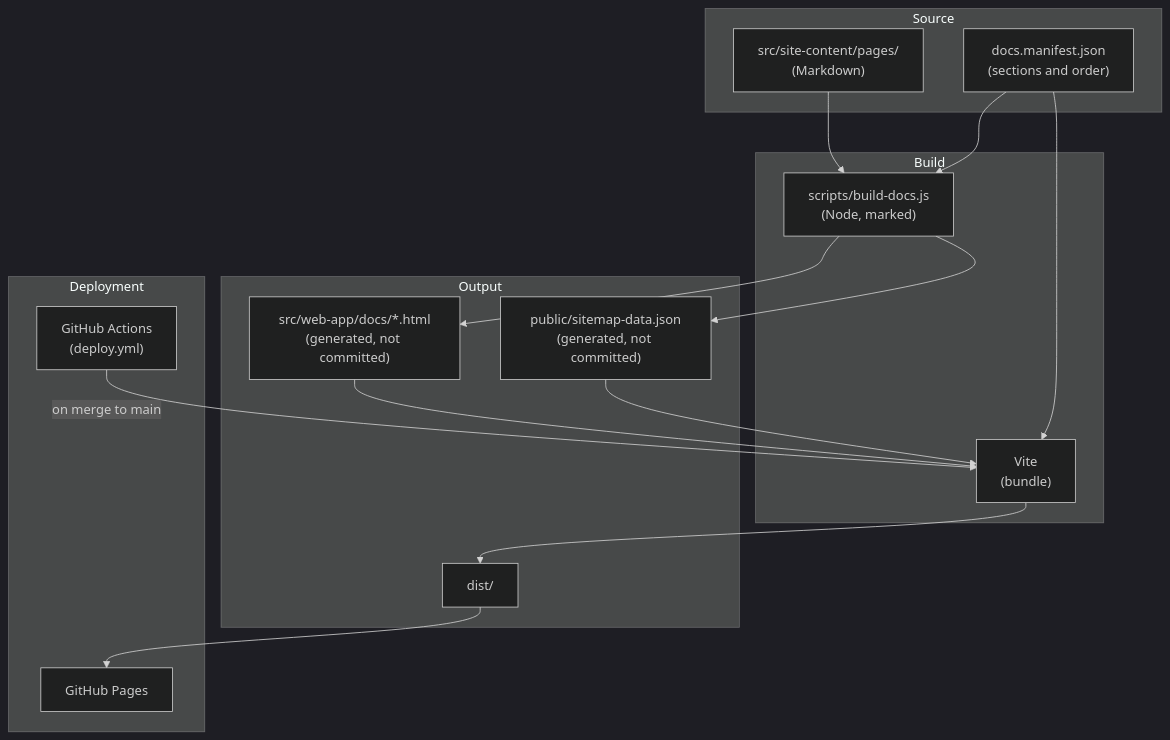
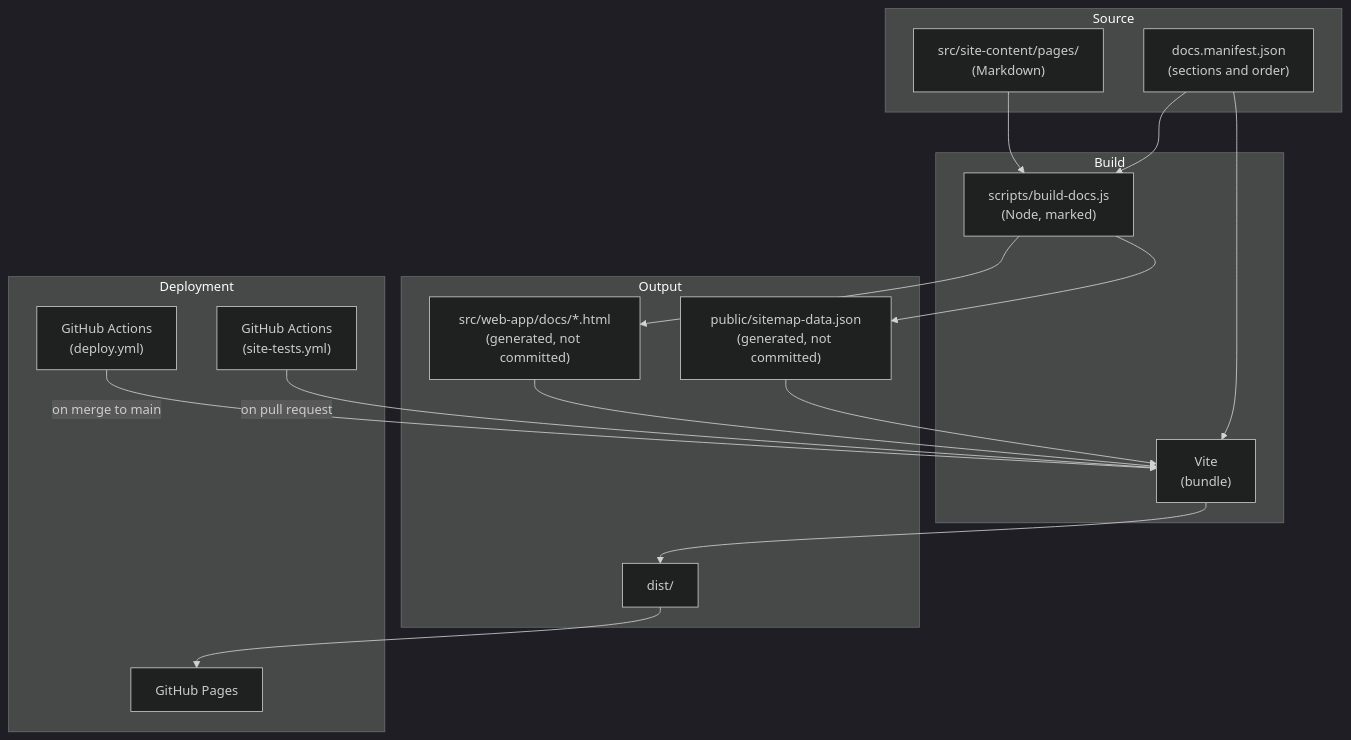
Before and after one commit to RAVINTIO/ravintio.github.io: the diagram in docs/dependency-graph.md, drawn with Mermaid (dark theme). The commit also changed other lines of this file and 76 other files, not shown here.

First line of the commit message:
0000016-site-regression-and-quality: Playwright suite, CI tests, and quality review (#25)

````diff
--- a/docs/dependency-graph.md
+++ b/docs/dependency-graph.md
@@ -9,34 +9,36 @@
 ```mermaid
 graph TD
     subgraph Source
         pages["src/site-content/pages/\n(Markdown)"]
         manifest["docs.manifest.json\n(sections and order)"]
     end
 
     subgraph Build
         builder["scripts/build-docs.js\n(Node, marked)"]
         vite["Vite\n(bundle)"]
     end
 
     subgraph Output
         html["src/web-app/docs/*.html\n(generated, not committed)"]
         sitemap["public/sitemap-data.json\n(generated, not committed)"]
         dist["dist/"]
     end
 
     subgraph Deployment
         ci["GitHub Actions\n(deploy.yml)"]
+        tests["GitHub Actions\n(site-tests.yml)"]
         host["GitHub Pages"]
     end
 
     pages --> builder
     manifest --> builder
     manifest --> vite
     builder --> html
     builder --> sitemap
     html --> vite
     sitemap --> vite
     vite --> dist
     ci -- "on merge to main" --> vite
     dist --> host
+    tests -- "on pull request" --> vite
 ```
````
